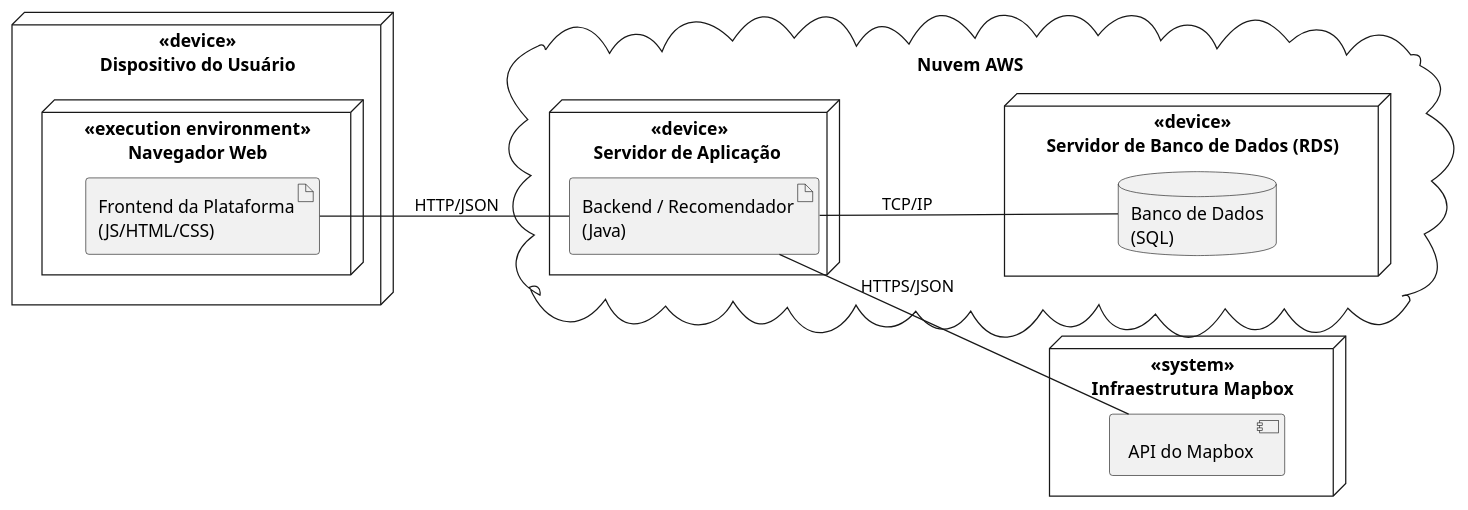
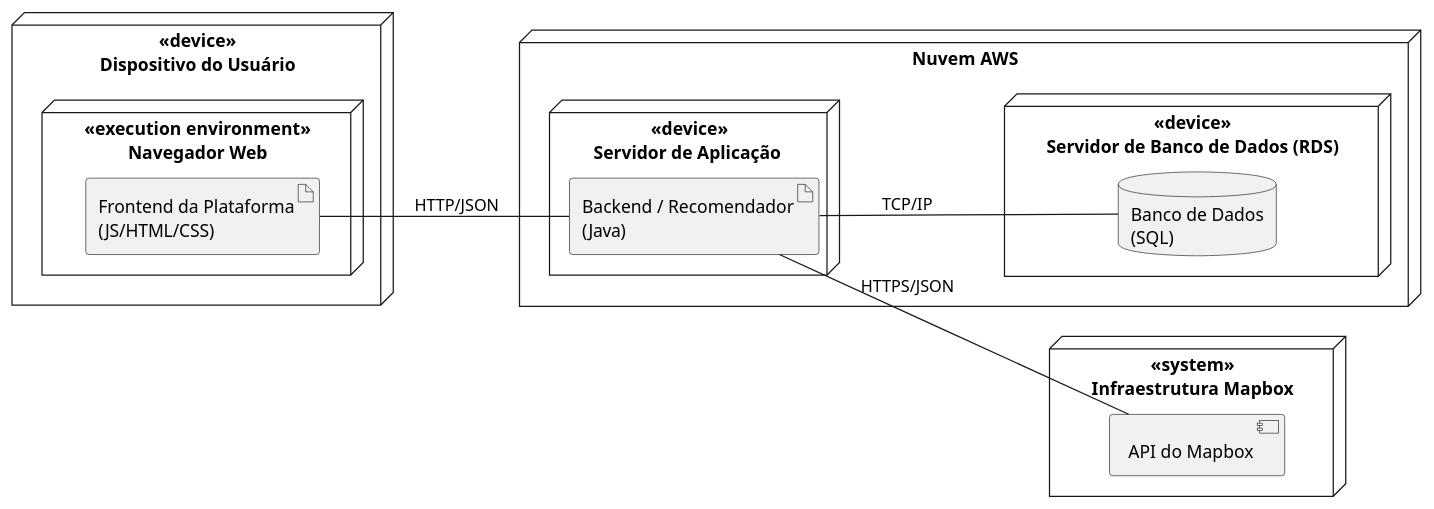
Before and after one commit to J-B-Works/Wisp: the diagram in Modelagem/Diagrama de implantação.puml, drawn with PlantUML. The commit also changed 2 other files, not shown here.

Commit message:
chore: fix deployment diagram, use case diagram, business class diagram

```diff
--- a/Modelagem/Diagrama de implantação.puml
+++ b/Modelagem/Diagrama de implantação.puml
@@ -1,33 +1,33 @@
 @startuml
 
 left to right direction
 
 ' --- Dispositivo do Usuário ---
 node "<<device>>\nDispositivo do Usuário" as user_device {
     node "<<execution environment>>\nNavegador Web" as browser {
         artifact "Frontend da Plataforma\n(JS/HTML/CSS)" as frontend
     }
 }
 
 ' --- Nuvem AWS ---
-cloud "Nuvem AWS" as aws {
+node "Nuvem AWS" as aws {
     node "<<device>>\nServidor de Aplicação " as AppServer {
         artifact "Backend / Recomendador\n(Java)" as backend
     }
     
     node "<<device>>\nServidor de Banco de Dados (RDS)" as rds {
         database "Banco de Dados\n(SQL)" as db
     }
 }
 
 ' --- Infraestrutura API do mapbox ---
 node "<<system>>\nInfraestrutura Mapbox" as mapbox {
     component "API do Mapbox" as mapbox_api
 }
 
 ' --- Relacionamentos / Protocolos ---
 frontend -- backend : HTTP/JSON
 backend -- db : TCP/IP 
 backend -- mapbox_api : HTTPS/JSON
 
 @enduml
```
